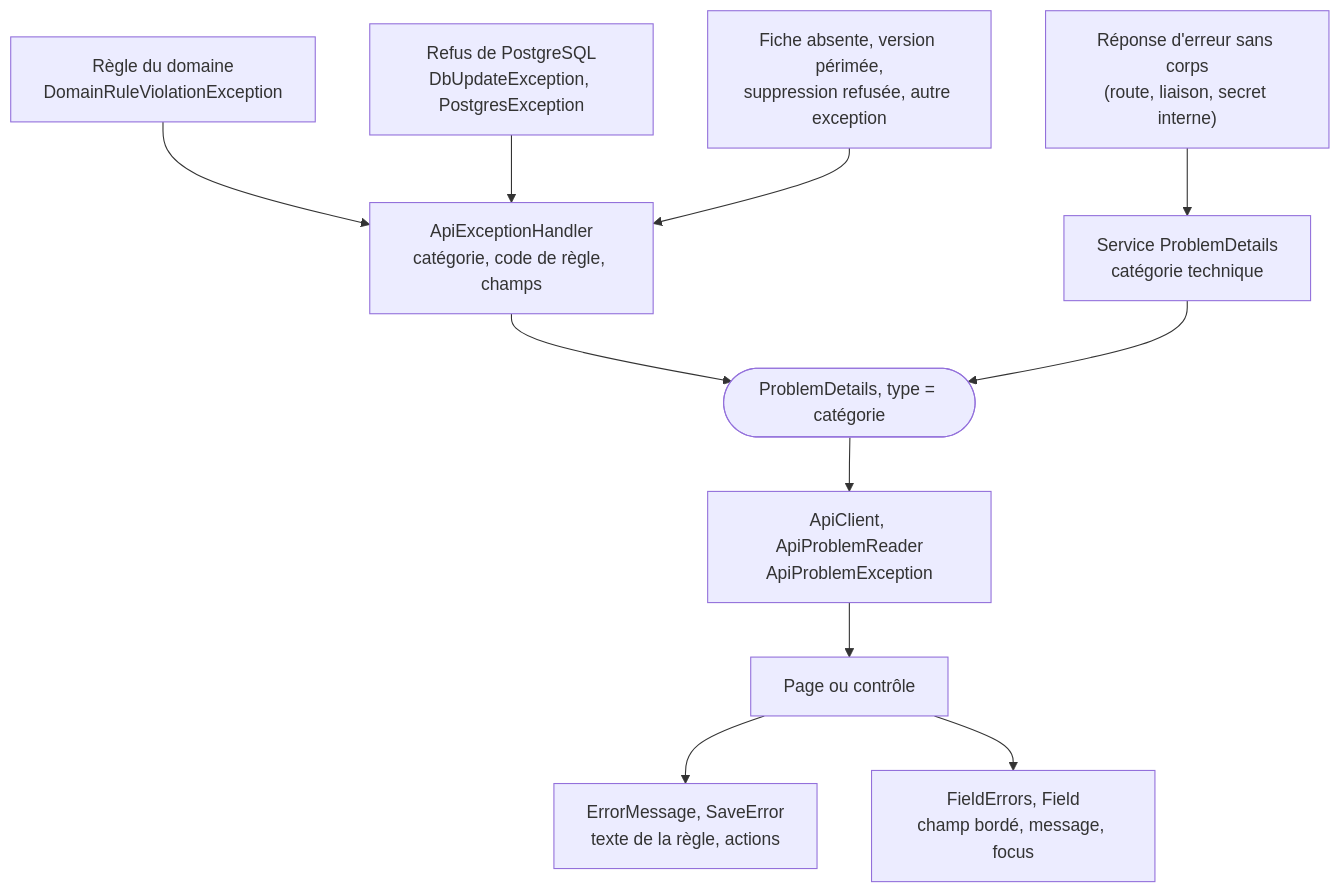
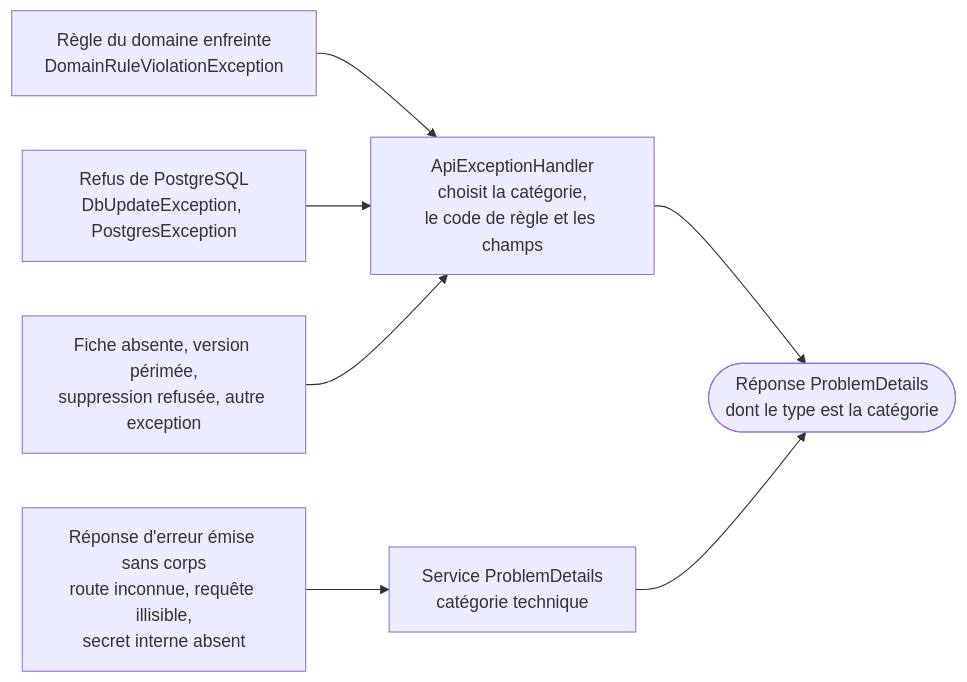
Before and after one commit to Tetram76/bdtheque-claude: the first of 3 diagrams in docs/tech/mecanismes/erreurs.md, drawn with Mermaid. The commit also changed other lines of this file and 41 other files, not shown here.

````diff
--- a/docs/tech/mecanismes/erreurs.md
+++ b/docs/tech/mecanismes/erreurs.md
@@ -23,13 +27,10 @@
 ```mermaid
-flowchart TD
-    domain["Règle du domaine<br/>DomainRuleViolationException"] --> handler
+flowchart LR
+    domain["Règle du domaine enfreinte<br/>DomainRuleViolationException"] --> handler
     database["Refus de PostgreSQL<br/>DbUpdateException, PostgresException"] --> handler
     other["Fiche absente, version périmée,<br/>suppression refusée, autre exception"] --> handler
-    framework["Réponse d'erreur sans corps<br/>(route, liaison, secret interne)"] --> service
-    handler["ApiExceptionHandler<br/>catégorie, code de règle, champs"] --> problem
+    framework["Réponse d'erreur émise sans corps<br/>route inconnue, requête illisible,<br/>secret interne absent"] --> service
+    handler["ApiExceptionHandler<br/>choisit la catégorie,<br/>le code de règle et les champs"] --> problem
     service["Service ProblemDetails<br/>catégorie technique"] --> problem
-    problem(["ProblemDetails, type = catégorie"]) --> reader
-    reader["ApiClient, ApiProblemReader<br/>ApiProblemException"] --> page["Page ou contrôle"]
-    page --> present["ErrorMessage, SaveError<br/>texte de la règle, actions"]
-    page --> fields["FieldErrors, Field<br/>champ bordé, message, focus"]
+    problem(["Réponse ProblemDetails<br/>dont le type est la catégorie"])
 ```
````
